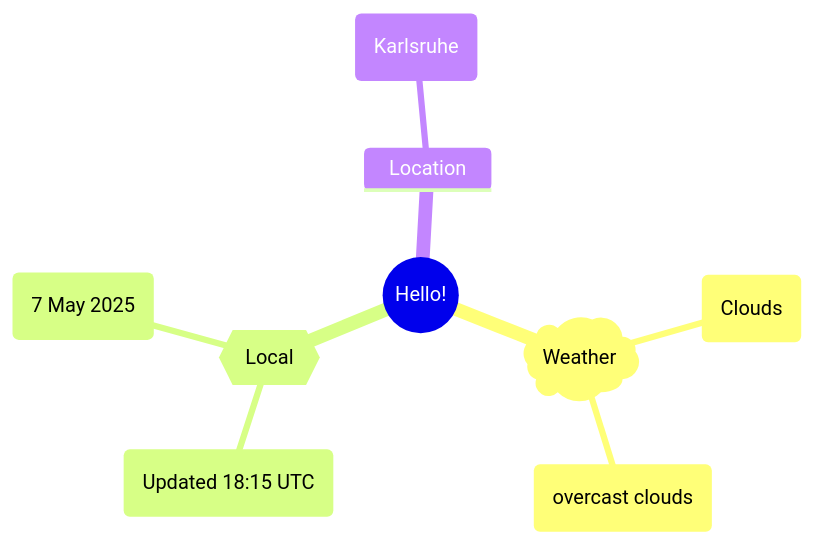
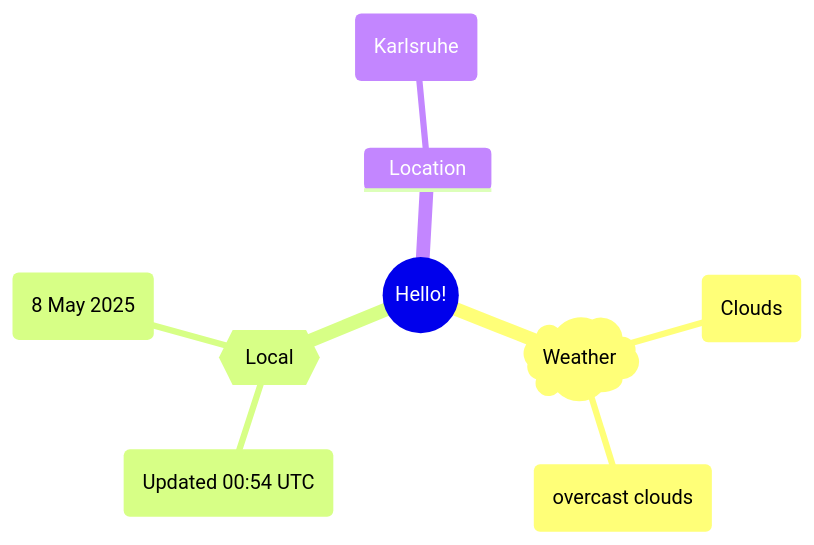
Before and after one commit to Xosrov/Xosrov: the first of 2 diagrams in README.md, drawn with Mermaid.

Commit message:
[bot] updated images

````diff
--- a/README.md
+++ b/README.md
@@ -3,12 +3,12 @@
 ```mermaid
 mindmap
   root((Hello!))
     )Weather(
         (Clouds)
         (overcast clouds)
     {{Local}}
-        (Updated 18:15 UTC)
-        (7 May 2025)
+        (Updated 00:54 UTC)
+        (8 May 2025)
     Location
         (Karlsruhe)
 ```
````
